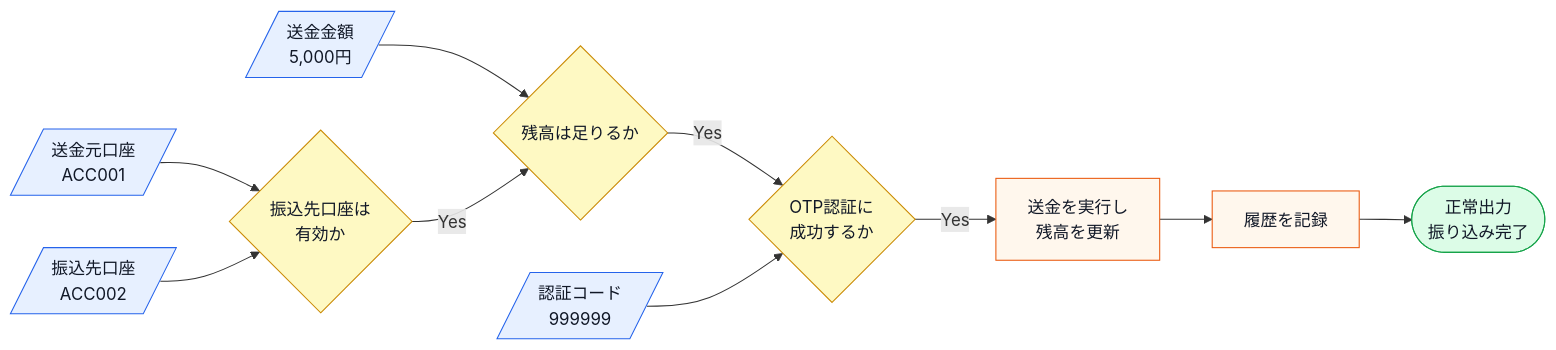
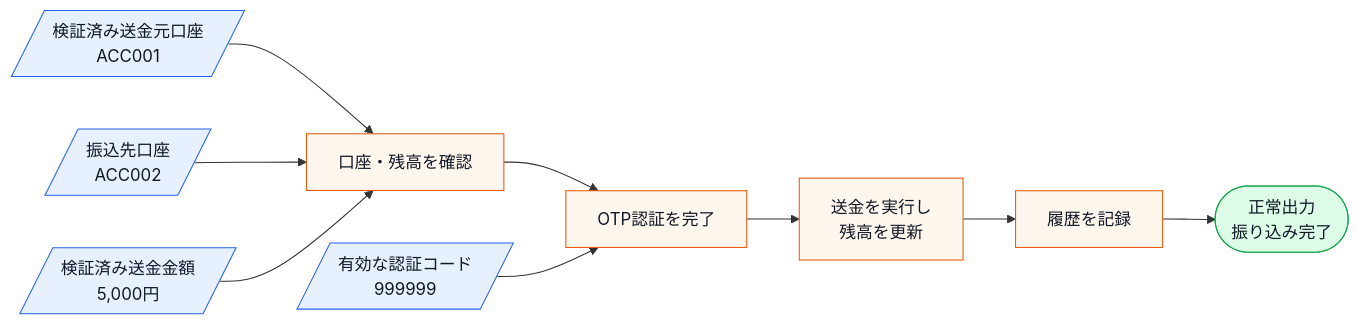
Before and after one commit to kumachan1101-pixel/DesignPattern: the first of 11 diagrams in kindle/design-patterns/output/chapter02.md, drawn with Mermaid. The commit also changed other lines of this file and 20 other files, not shown here.

````diff
--- a/kindle/design-patterns/output/chapter02.md
+++ b/kindle/design-patterns/output/chapter02.md
@@ -49,17 +49,16 @@
 ```mermaid
 flowchart LR
-    A[/送金元口座<br>ACC001/]:::input --> D{振込先口座は<br>有効か}:::decision
+    A[/検証済み送金元口座<br>ACC001/]:::input --> D[口座・残高を確認]:::process
     C[/振込先口座<br>ACC002/]:::input --> D
-    E[/送金金額<br>5,000円/]:::input --> B{残高は足りるか}:::decision
-    D -->|Yes| B
-    B -->|Yes| G{OTP認証に<br>成功するか}:::decision
-    F[/認証コード<br>999999/]:::input --> G
-    G -->|Yes| H[送金を実行し<br>残高を更新]:::process
+    E[/検証済み送金金額<br>5,000円/]:::input --> D
+    D --> G[OTP認証を完了]:::process
+    F[/有効な認証コード<br>999999/]:::input --> G
+    G --> H[送金を実行し<br>残高を更新]:::process
     H --> I[履歴を記録]:::process
     I --> J([正常出力<br>振り込み完了]):::normal
 
     classDef input fill:#e7f0ff,stroke:#2563eb,color:#111827;
     classDef process fill:#fff7ed,stroke:#ea580c,color:#111827;
     classDef decision fill:#fef9c3,stroke:#ca8a04,color:#111827;
     classDef normal fill:#dcfce7,stroke:#16a34a,color:#111827;
 ```
````
